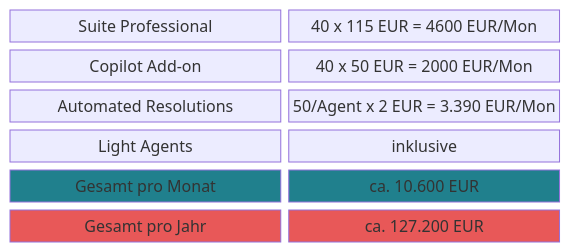
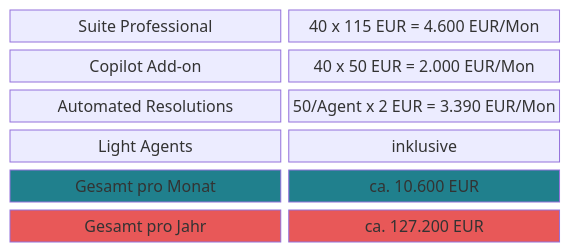
The second of 16 diagrams in readme.md (tekknix/zendesk-ai), drawn with Mermaid before and after one commit. The commit also changed other lines of this file, not shown here.

````diff
--- a/readme.md
+++ b/readme.md
@@ -47,15 +47,15 @@
 ```mermaid
 block-beta
     columns 2
-    A["Suite Professional"]:1 B["40 x 115 EUR = 4600 EUR/Mon"]:1
-    C["Copilot Add-on"]:1 D["40 x 50 EUR = 2000 EUR/Mon"]:1
+    A["Suite Professional"]:1 B["40 x 115 EUR = 4.600 EUR/Mon"]:1
+    C["Copilot Add-on"]:1 D["40 x 50 EUR = 2.000 EUR/Mon"]:1
     E["Automated Resolutions"]:1 F["50/Agent x 2 EUR = 3.390 EUR/Mon"]:1
     G["Light Agents"]:1 H["inklusive"]:1
     I["Gesamt pro Monat"]:1 J["ca. 10.600 EUR"]:1
     K["Gesamt pro Jahr"]:1 L["ca. 127.200 EUR"]:1
 
     style I fill:#20808D,color:#fff
     style J fill:#20808D,color:#fff
     style K fill:#E85858,color:#fff
     style L fill:#E85858,color:#fff
 ```
````
